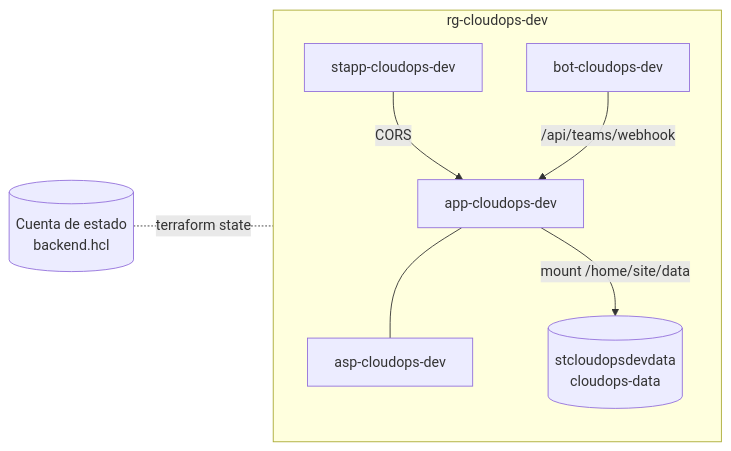
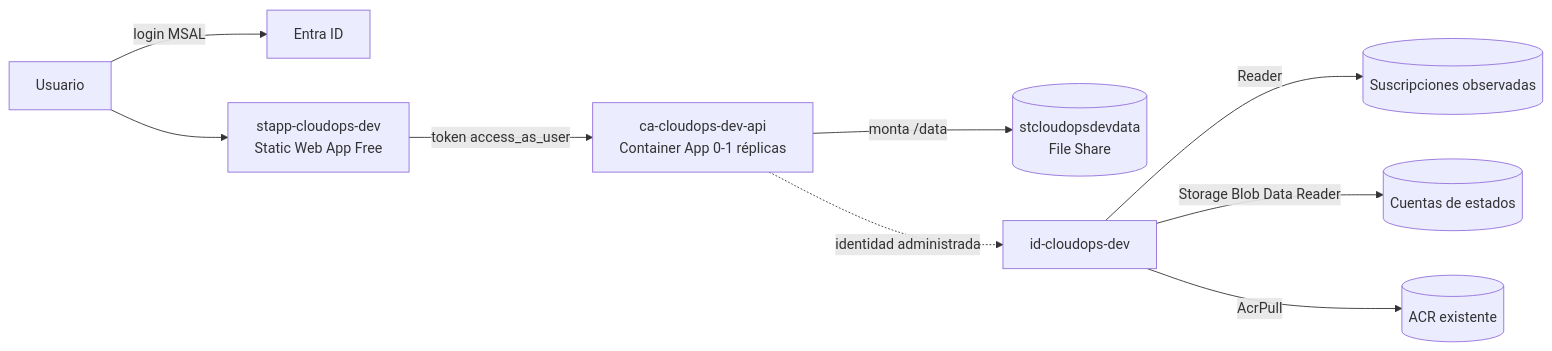
One commit to miguelortiz13/cloudops-copilot changed the diagram in docs/deployment.md. Above: the diagram before and after it, drawn with Mermaid. The commit also changed other lines of this file and 18 other files, not shown here.

````diff
--- a/docs/deployment.md
+++ b/docs/deployment.md
@@ -16,10 +23,11 @@
 ```mermaid
 flowchart LR
-    subgraph rg[rg-cloudops-dev]
-      SWA[stapp-cloudops-dev] -->|CORS| API[app-cloudops-dev]
-      API --- PLAN[asp-cloudops-dev]
-      API -->|mount /home/site/data| SHARE[(stcloudopsdevdata<br/>cloudops-data)]
-      BOT[bot-cloudops-dev] -->|/api/teams/webhook| API
-    end
-    STATE[(Cuenta de estado<br/>backend.hcl)] -.terraform state.- rg
+    U[Usuario] -->|login MSAL| ENTRA[Entra ID]
+    U --> SWA[stapp-cloudops-dev<br/>Static Web App Free]
+    SWA -->|token access_as_user| CA[ca-cloudops-dev-api<br/>Container App 0-1 réplicas]
+    CA -->|monta /data| FS[(stcloudopsdevdata<br/>File Share)]
+    CA -. identidad administrada .-> ID[id-cloudops-dev]
+    ID -->|Reader| SUBS[(Suscripciones observadas)]
+    ID -->|Storage Blob Data Reader| TFS[(Cuentas de estados)]
+    ID -->|AcrPull| ACR[(ACR existente)]
 ```
````
